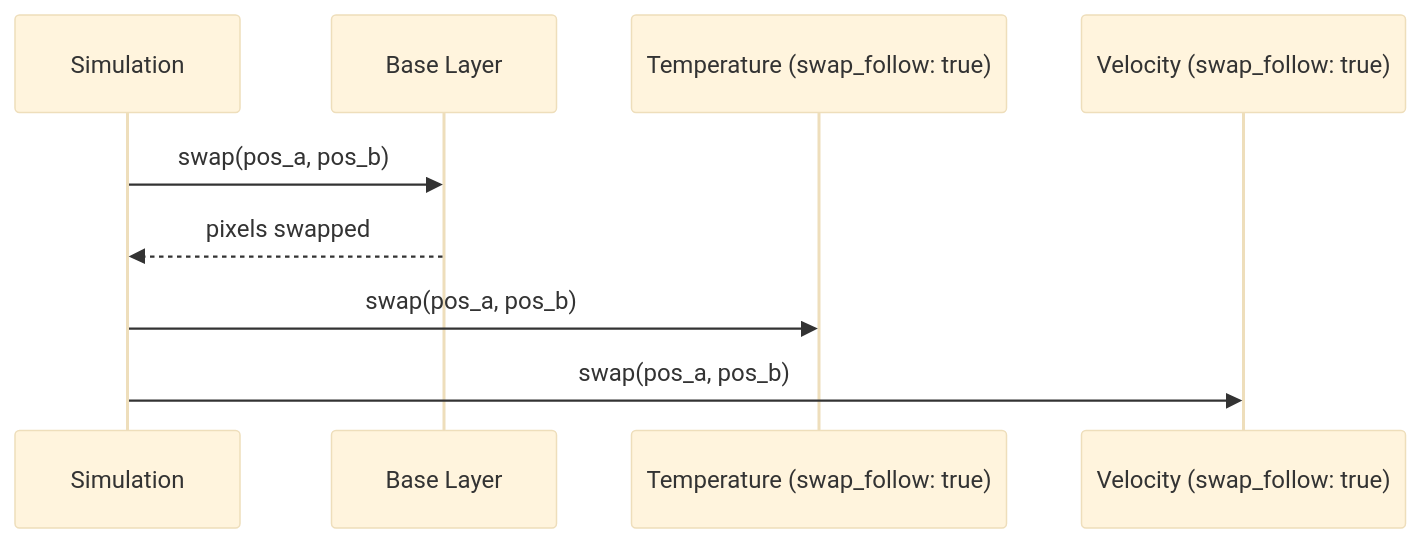
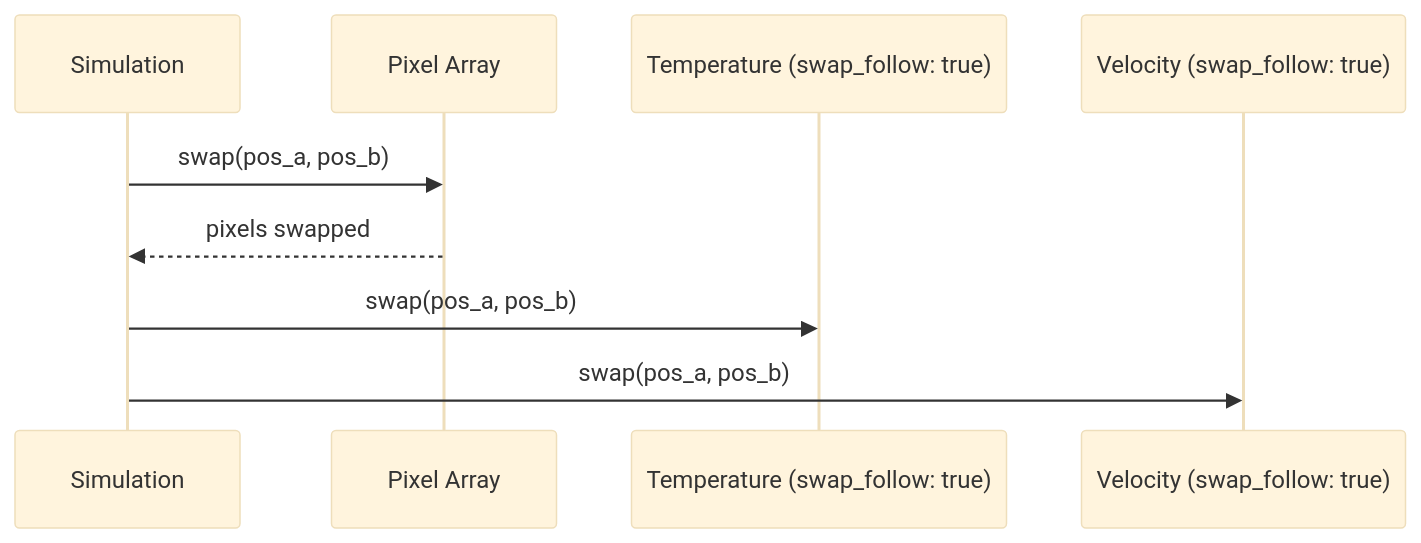
One commit to api-haus/bevy_pixel_world changed the fourth of 5 diagrams in docs/arhitecture/modularity/pixel-layers.md. Above: the diagram before and after it, drawn with Mermaid (base theme). The commit also changed other lines of this file and 6 other files, not shown here.

````diff
--- a/docs/arhitecture/modularity/pixel-layers.md
+++ b/docs/arhitecture/modularity/pixel-layers.md
@@ -316,12 +296,12 @@
 ```mermaid
 sequenceDiagram
     participant Sim as Simulation
-    participant Base as Base Layer
+    participant Pixels as Pixel Array
     participant Temp as Temperature (swap_follow: true)
     participant Vel as Velocity (swap_follow: true)
 
-    Sim->>Base: swap(pos_a, pos_b)
-    Base-->>Sim: pixels swapped
+    Sim->>Pixels: swap(pos_a, pos_b)
+    Pixels-->>Sim: pixels swapped
     Sim->>Temp: swap(pos_a, pos_b)
     Sim->>Vel: swap(pos_a, pos_b)
 ```
````
